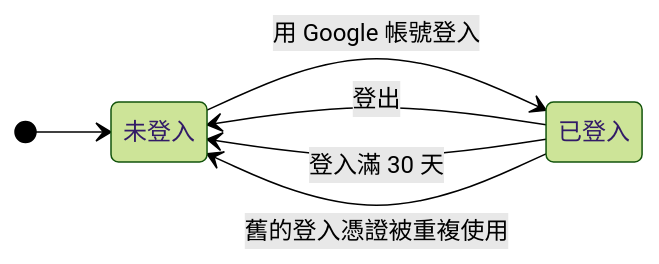
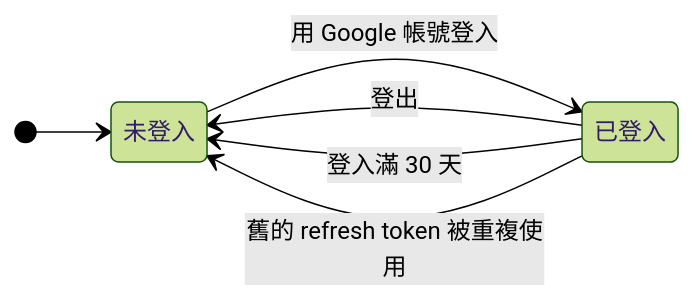
One commit to bingyangchen/taigu changed the diagram in docs/specs/account.md. Above: the diagram before and after it, drawn with Mermaid (forest theme). The commit also changed other lines of this file and 4 other files, not shown here.

Commit message:
Use refresh token and access token in specs, and split a login fix in the roadmap (#229)

````diff
--- a/docs/specs/account.md
+++ b/docs/specs/account.md
@@ -11,11 +11,11 @@
 ```mermaid
 stateDiagram-v2
   direction LR
   state "未登入" as logged_out
   state "已登入" as logged_in
   [*] --> logged_out
   logged_out --> logged_in: 用 Google 帳號登入
   logged_in --> logged_out: 登出
   logged_in --> logged_out: 登入滿 30 天
-  logged_in --> logged_out: 舊的登入憑證被重複使用
+  logged_in --> logged_out: 舊的 refresh token 被重複使用
 ```
````
